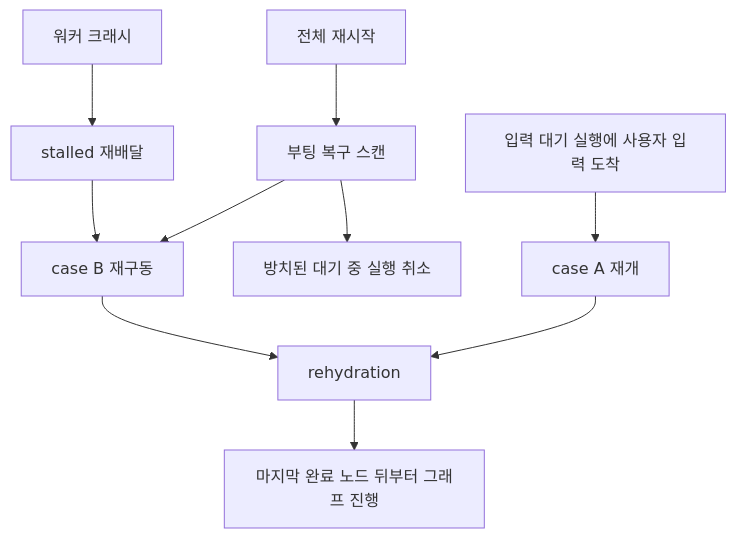
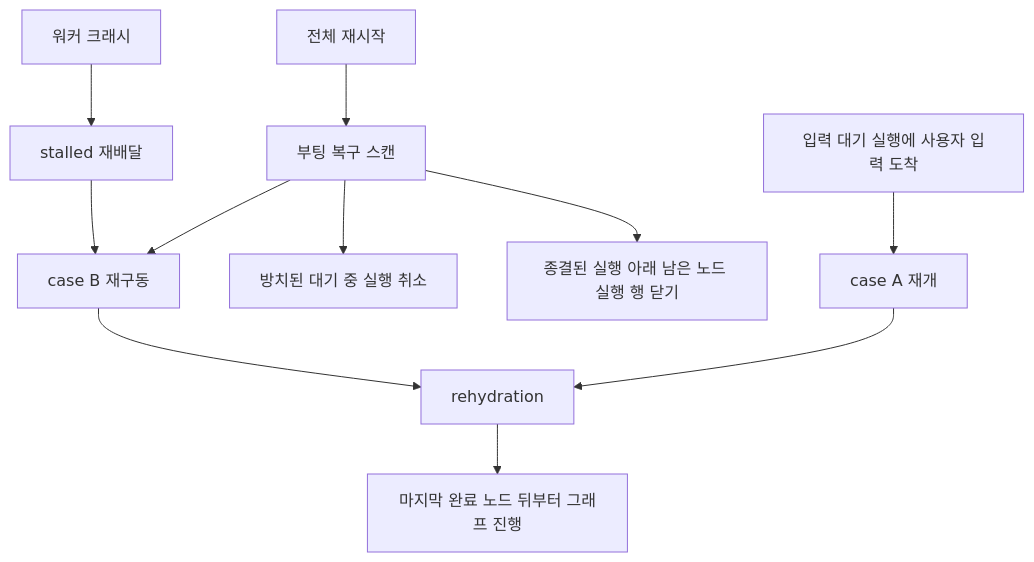
One commit to worker-ants/clemvion changed the diagram in spec/CLE-EXEC/CLE-EXEC-RECOVERY.md. Above: the diagram before and after it, drawn with Mermaid. The commit also changed other lines of this file and 17 other files, not shown here.

First line of the commit message:
fix(engine): 부팅 복구 고아 노드 행 정리 · 비동기 서브 워크플로우 dry-run 상속 · 재개 턴 크래시 e2e (CLE-T-CCEQEC · CLE-T-Y2F1NG · CLE-T-4196DR) (#1701)

````diff
--- a/spec/CLE-EXEC/CLE-EXEC-RECOVERY.md
+++ b/spec/CLE-EXEC/CLE-EXEC-RECOVERY.md
@@ -50,12 +51,13 @@
 ```mermaid
 flowchart TD
   A["워커 크래시"] --> S["stalled 재배달"]
   B["전체 재시작"] --> R["부팅 복구 스캔"]
   S --> CB["case B 재구동"]
   R --> CB
   R --> PC["방치된 대기 중 실행 취소"]
+  R --> ON["종결된 실행 아래 남은 노드 실행 행 닫기"]
   U["입력 대기 실행에 사용자 입력 도착"] --> CA["case A 재개"]
   CB --> H["rehydration"]
   CA --> H
   H --> F["마지막 완료 노드 뒤부터 그래프 진행"]
 ```
````
